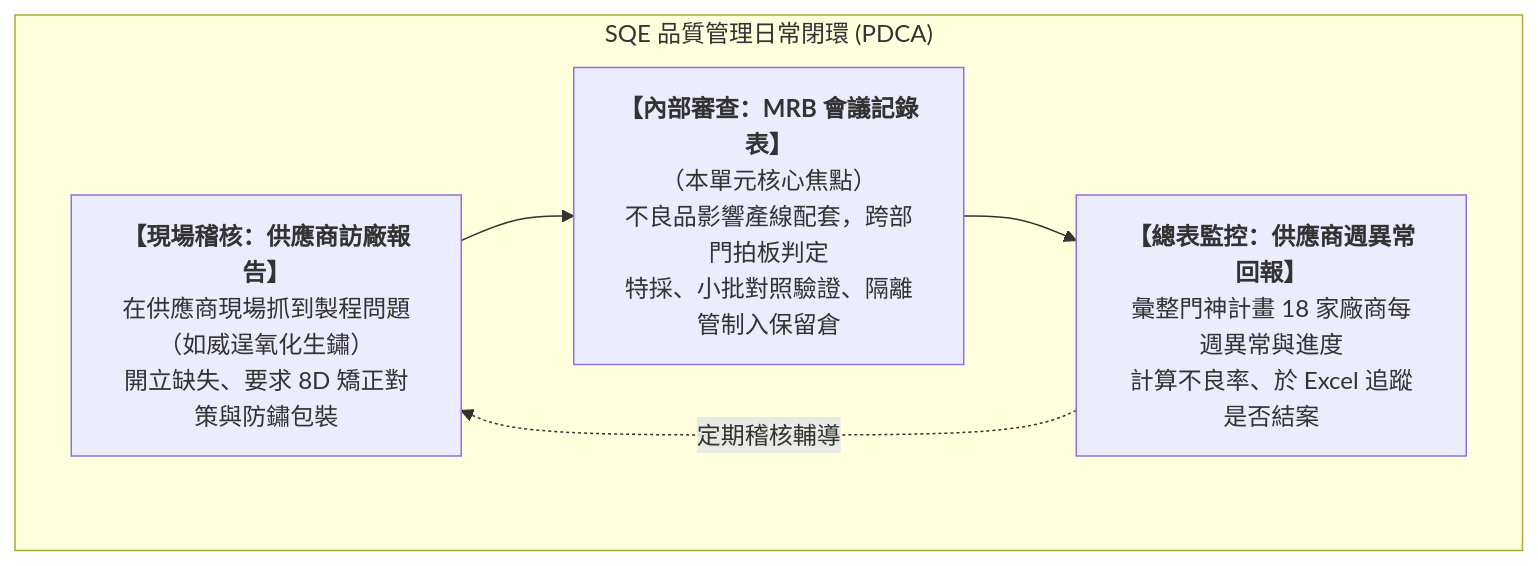
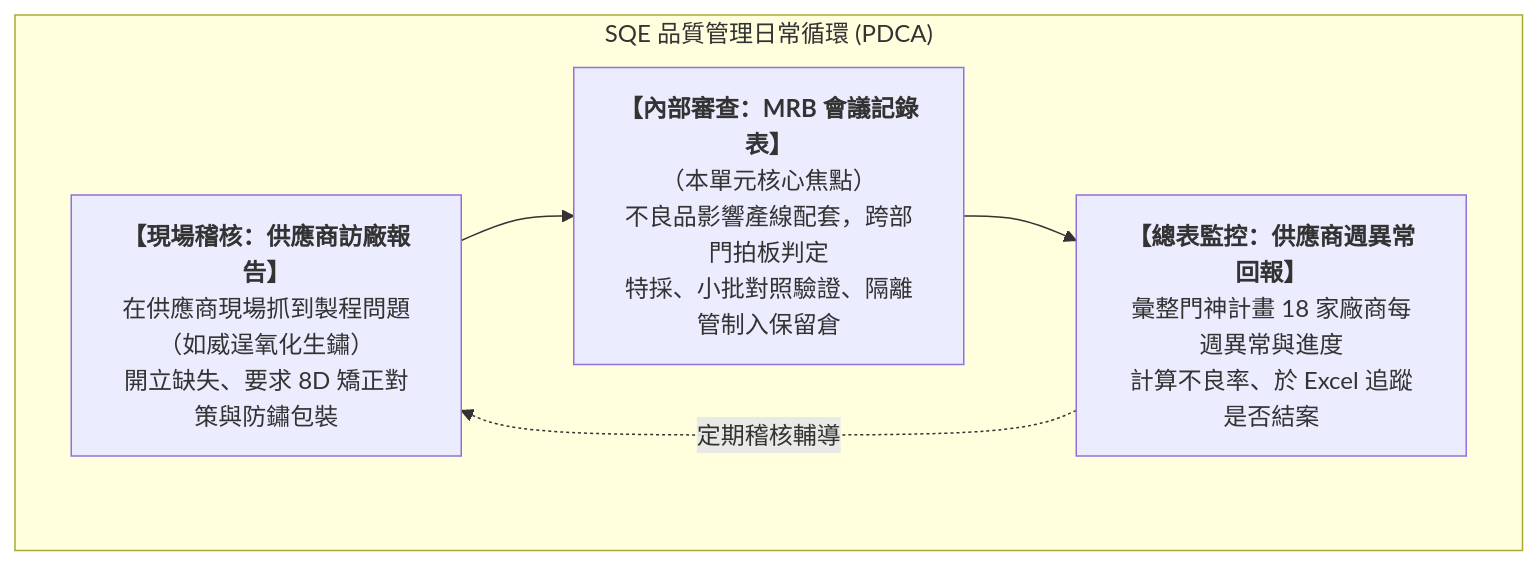
One commit to roberthsu2003/workflow-productivity changed the first of 2 diagrams in 常見的AI應用/實戰範例/SQE品保會議與表單自動化/README.md. Above: the diagram before and after it, drawn with Mermaid. The commit also changed other lines of this file and 5 other files, not shown here.

````diff
--- a/常見的AI應用/實戰範例/SQE品保會議與表單自動化/README.md
+++ b/常見的AI應用/實戰範例/SQE品保會議與表單自動化/README.md
@@ -67,9 +67,9 @@
 ```mermaid
 flowchart TD
-    subgraph 業務閉環 ["SQE 品質管理日常閉環 (PDCA)"]
+    subgraph 業務循環 ["SQE 品質管理日常循環 (PDCA)"]
         A["<b>【現場稽核：供應商訪廠報告】</b><br/>在供應商現場抓到製程問題（如威逞氧化生鏽）<br/>開立缺失、要求 8D 矯正對策與防鏽包裝"] 
         --> B["<b>【內部審查：MRB 會議記錄表】</b><br/>（本單元核心焦點）<br/>不良品影響產線配套，跨部門拍板判定<br/>特採、小批對照驗證、隔離管制入保留倉"]
         B --> C["<b>【總表監控：供應商週異常回報】</b><br/>彙整門神計畫 18 家廠商每週異常與進度<br/>計算不良率、於 Excel 追蹤是否結案"]
         C -.定期稽核輔導.-> A
     end
 ```
````
